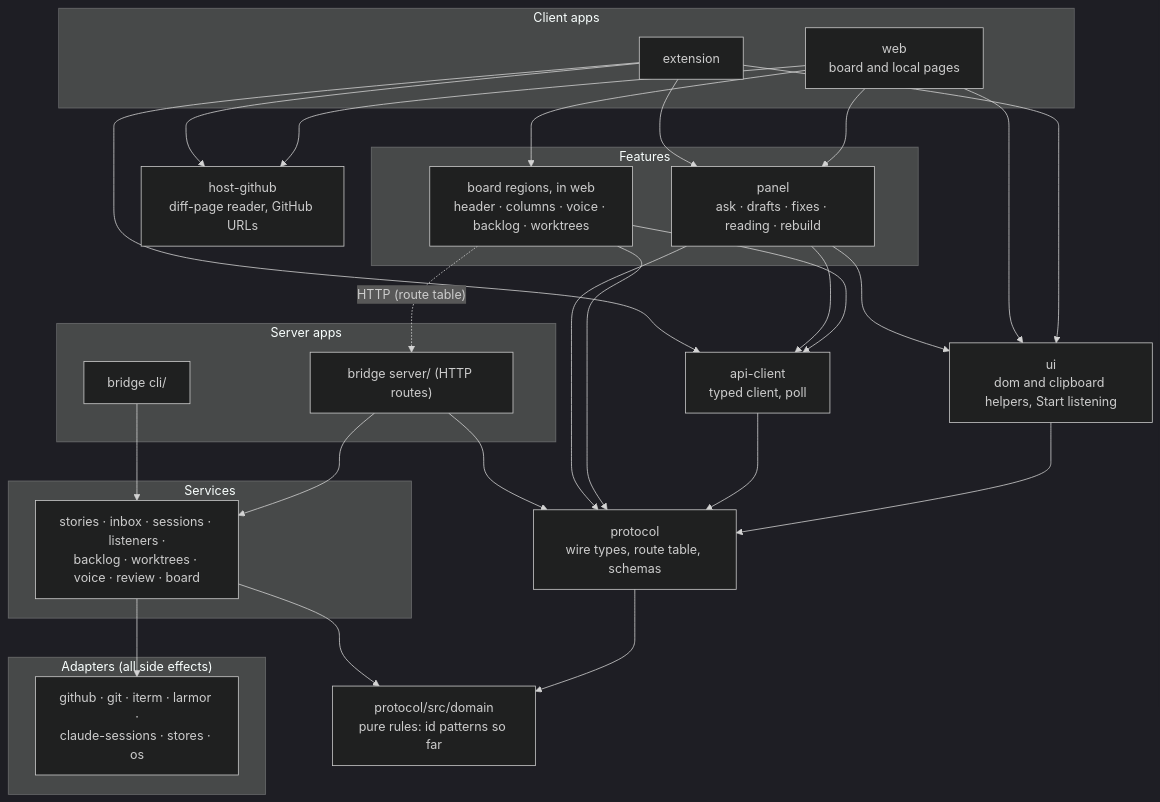
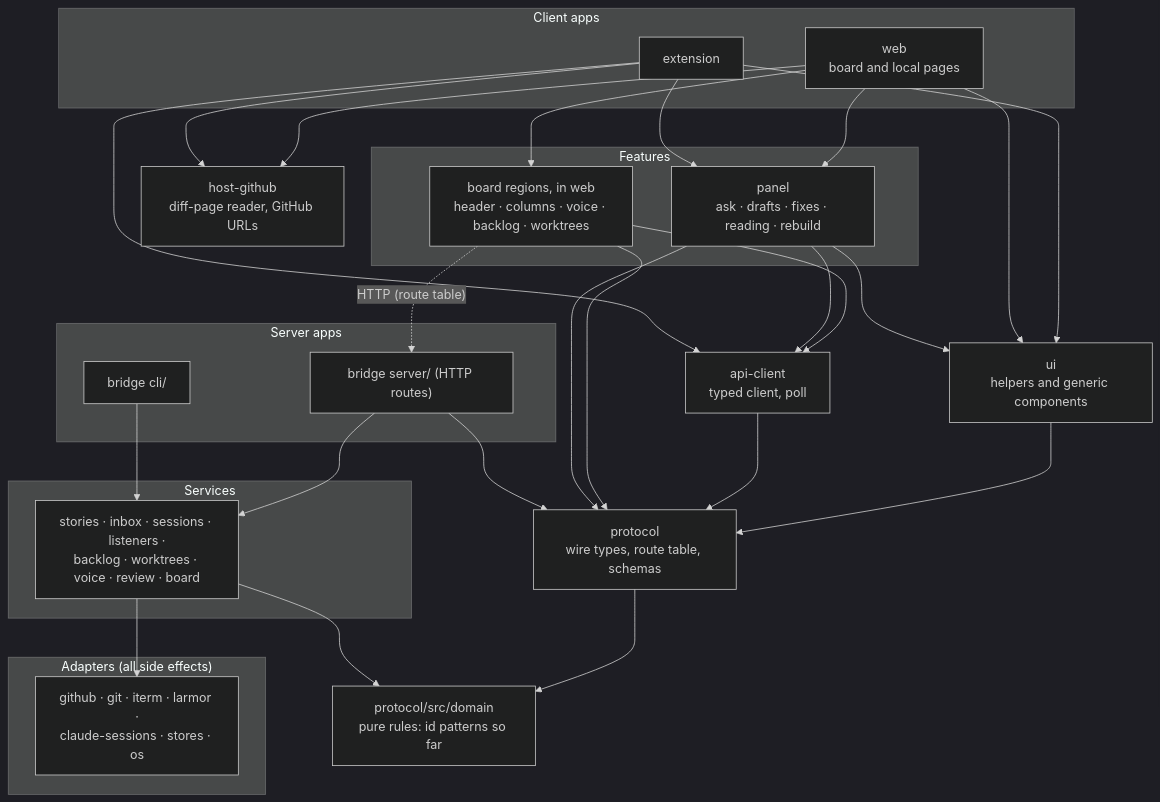
One commit to shank-eric/once-upon-a-diff changed the diagram in docs/adr/adr-15-layered-packages-and-protocol.md. Above: the diagram before and after it, drawn with Mermaid (dark theme). The commit also changed other lines of this file and 43 other files, not shown here.

````diff
--- a/docs/adr/adr-15-layered-packages-and-protocol.md
+++ b/docs/adr/adr-15-layered-packages-and-protocol.md
@@ -24,50 +24,50 @@
 ```mermaid
 flowchart TB
   subgraph clientApps["Client apps"]
     web["web<br/>board and local pages"]
     ext["extension"]
   end
   subgraph features["Features"]
     boardview["board regions, in web<br/>header · columns · voice · backlog · worktrees"]
     panel["panel<br/>ask · drafts · fixes · reading · rebuild"]
   end
   host["host-github<br/>diff-page reader, GitHub URLs"]
-  ui["ui<br/>dom and clipboard helpers, Start listening"]
+  ui["ui<br/>helpers and generic components"]
   api["api-client<br/>typed client, poll"]
   protocol["protocol<br/>wire types, route table, schemas"]
   domain["protocol/src/domain<br/>pure rules: id patterns so far"]
   subgraph serverApps["Server apps"]
     http["bridge server/ (HTTP routes)"]
     cli["bridge cli/"]
   end
   subgraph services["Services"]
     svc["stories · inbox · sessions · listeners ·<br/>backlog · worktrees · voice · review · board"]
   end
   subgraph adapters["Adapters (all side effects)"]
     ad["github · git · iterm · larmor ·<br/>claude-sessions · stores · os"]
   end
 
   web --> boardview
   web --> panel
   web --> host
   ext --> panel
   ext --> host
   boardview --> api
   panel --> api
   ext --> api
   ext --> ui
   web --> ui
   panel --> ui
   ui --> protocol
   api --> protocol
   boardview --> protocol
   panel --> protocol
   protocol --> domain
   http --> protocol
   http --> svc
   cli --> svc
   svc --> domain
   svc --> ad
   boardview -. "HTTP (route table)" .-> http
 
 ```
````
